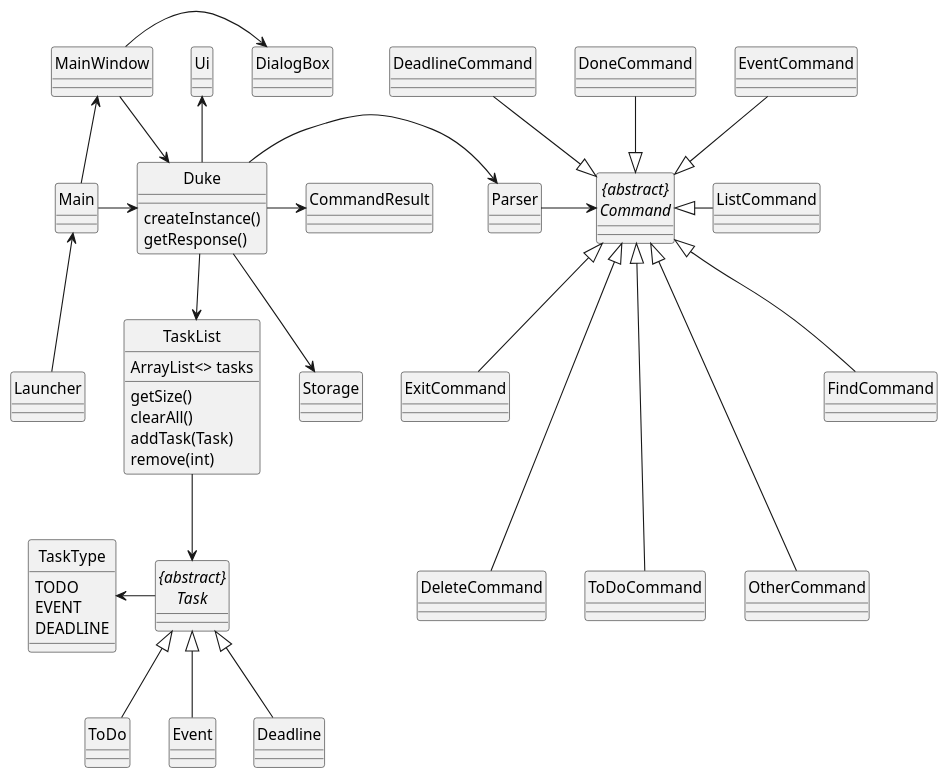
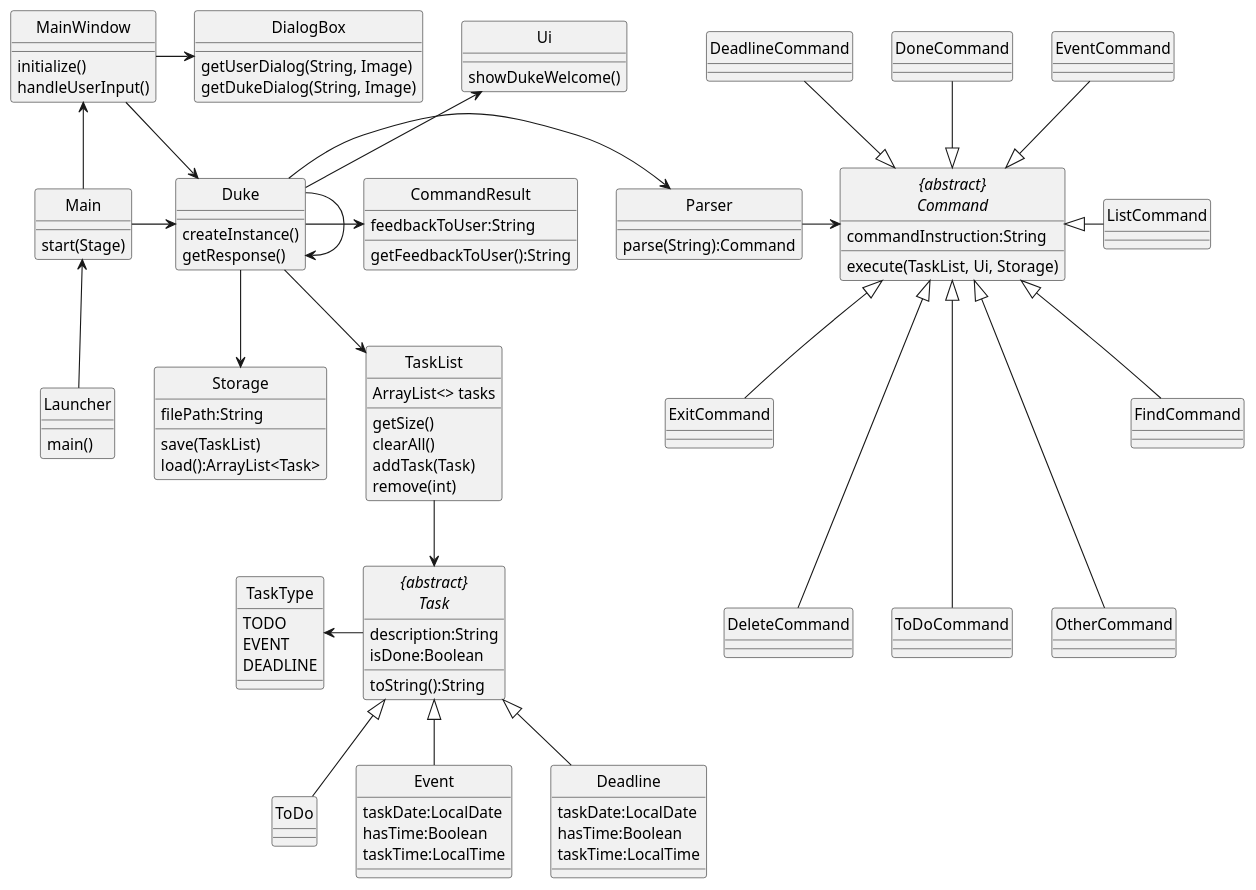
One commit to nus-tic4002-AY2122s2/ip changed the diagram in docs/UML/class.puml. Above: the diagram before and after it, drawn with PlantUML. The commit also changed 2 other files, not shown here.

```diff
--- a/docs/UML/class.puml
+++ b/docs/UML/class.puml
@@ -1,75 +1,113 @@
 @startuml
 hide circle
 
-abstract class  "{abstract}\nTask" As Task
-abstract class "{abstract}\nCommand" As Command
-class Launcher
-class Main
-class MainWindow
+abstract class  "{abstract}\nTask" As Task{
+description:String
+isDone:Boolean
+toString():String
+}
+abstract class "{abstract}\nCommand" As Command{
+commandInstruction:String
+execute(TaskList, Ui, Storage)
+}
+class Launcher{
+main()
+}
+class Main{
+start(Stage)
+}
+class MainWindow{
+initialize()
+handleUserInput()
+}
 class Duke{
 createInstance()
 getResponse()
 }
-class DialogBox
-class Ui
+class DialogBox{
+getUserDialog(String, Image)
+getDukeDialog(String, Image)
+}
+class Ui{
+showDukeWelcome()
+}
+class Storage{
+filePath:String
+save(TaskList)
+load():ArrayList<Task>
+}
 class ToDo
-class Event
-class Deadline
+class Event{
+taskDate:LocalDate
+hasTime:Boolean
+taskTime:LocalTime
+}
+class Deadline{
+taskDate:LocalDate
+hasTime:Boolean
+taskTime:LocalTime
+}
 class TaskList {
 ArrayList<> tasks
 getSize()
 clearAll()
 addTask(Task)
 remove(int)
 }
-class Parser
+class Parser{
+parse(String):Command
+}
 class ToDoCommand
 class OtherCommand
 class ListCommand
 class FindCommand
 class ExitCommand
 class DeleteCommand
 class DeadlineCommand
 class DoneCommand
 class EventCommand
-class CommandResult
+class CommandResult{
+feedbackToUser:String
+getFeedbackToUser():String
+}
 
 Main <-- Launcher
 MainWindow <-- Main
 
+Duke -> Duke
 MainWindow -> Duke
 Main -> Duke
 MainWindow -> DialogBox
 
 Ui <-- Duke
 Duke -> Parser
 Duke --> TaskList
 Duke --> Storage
 
 Duke -> CommandResult
 
 
 Parser -> Command
 Command <|--- ToDoCommand
 Command <|--- OtherCommand
 Command <|- ListCommand
 Command <|-- FindCommand
 Command <|-- ExitCommand
 Command <|--- DeleteCommand
 DeadlineCommand --|> Command
 DoneCommand --|> Command
 EventCommand --|> Command
 
 TaskList --> Task
 
 enum TaskType {
 TODO
 EVENT
 DEADLINE
 }
 TaskType <- Task
 Task <|-- Event
 Task <|-- Deadline
 Task <|-- ToDo
 
 @enduml
```
